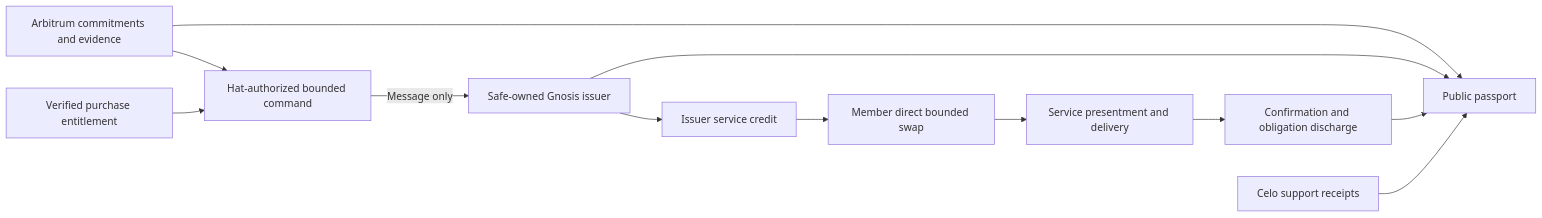
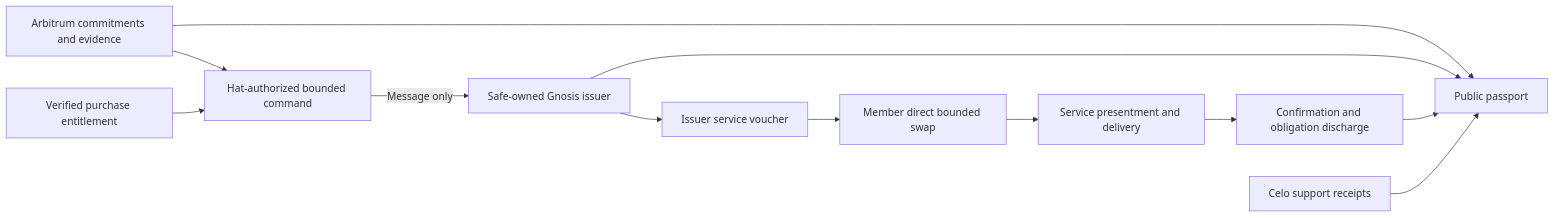
Before and after one commit to greenpill-dev-guild/green-goods: the diagram in .plans/backlog/cosmo-local-credit-interop/spec.md, drawn with Mermaid. The commit also changed other lines of this file and 25 other files, not shown here.

````diff
--- a/.plans/backlog/cosmo-local-credit-interop/spec.md
+++ b/.plans/backlog/cosmo-local-credit-interop/spec.md
@@ -28,14 +85,14 @@
 ```mermaid
 flowchart LR
   A[Arbitrum commitments and evidence] --> B[Hat-authorized bounded command]
   P[Verified purchase entitlement] --> B
   B -->|Message only| C[Safe-owned Gnosis issuer]
-  C --> D[Issuer service credit]
+  C --> D[Issuer service voucher]
   D --> E[Member direct bounded swap]
   E --> F[Service presentment and delivery]
   F --> G[Confirmation and obligation discharge]
   A --> H[Public passport]
   C --> H
   G --> H
   S[Celo support receipts] --> H
 ```
````
